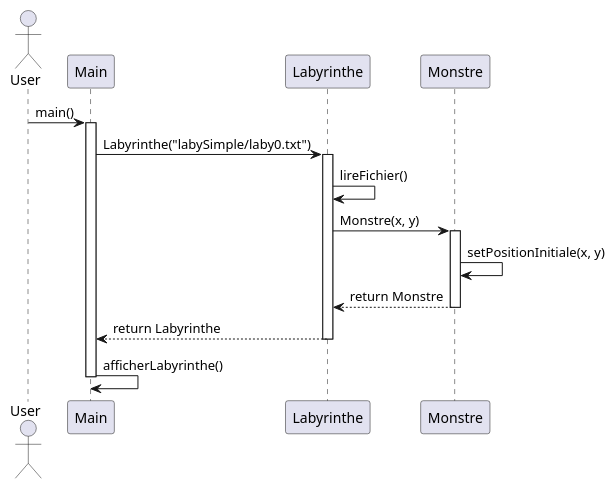
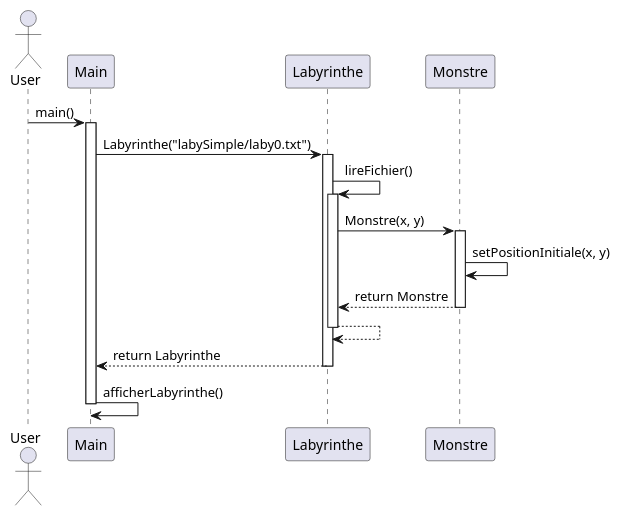
One commit to LukaSalvo/SAE2024 changed the diagram in zeldiablo/documents/version_2/diagseq_PosMonstre.puml. Above: the diagram before and after it, drawn with PlantUML. The commit also changed 4 other files, not shown here.

```diff
--- a/zeldiablo/documents/version_2/diagseq_PosMonstre.puml
+++ b/zeldiablo/documents/version_2/diagseq_PosMonstre.puml
@@ -1,21 +1,24 @@
 @startuml
 actor User
 participant Main
 participant Labyrinthe
 participant Monstre
 
 User -> Main: main()
 activate Main
 Main -> Labyrinthe: Labyrinthe("labySimple/laby0.txt")
 activate Labyrinthe
 Labyrinthe -> Labyrinthe: lireFichier()
+activate Labyrinthe
 Labyrinthe -> Monstre: Monstre(x, y)
 activate Monstre
 Monstre -> Monstre: setPositionInitiale(x, y)
 Monstre --> Labyrinthe: return Monstre
 deactivate Monstre
+Labyrinthe--> Labyrinthe
+deactivate Labyrinthe
 Labyrinthe --> Main: return Labyrinthe
 deactivate Labyrinthe
 Main -> Main: afficherLabyrinthe()
 deactivate Main
 @enduml
```
